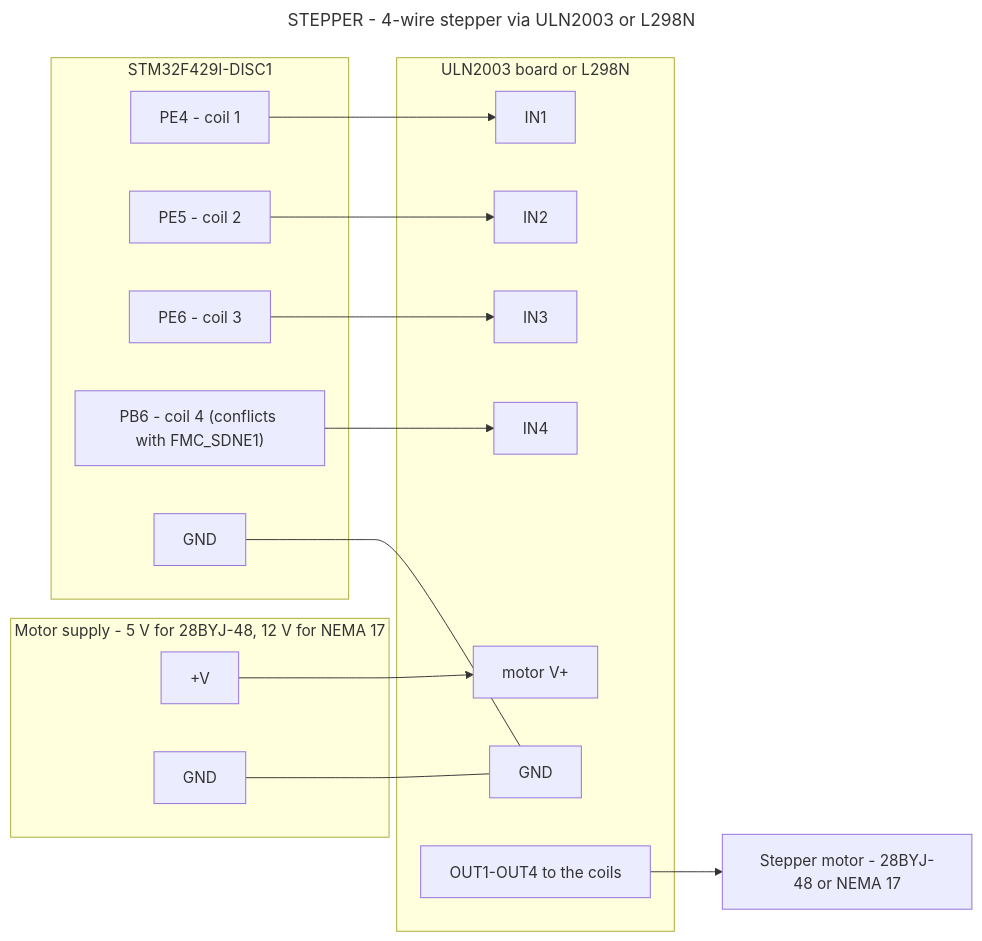
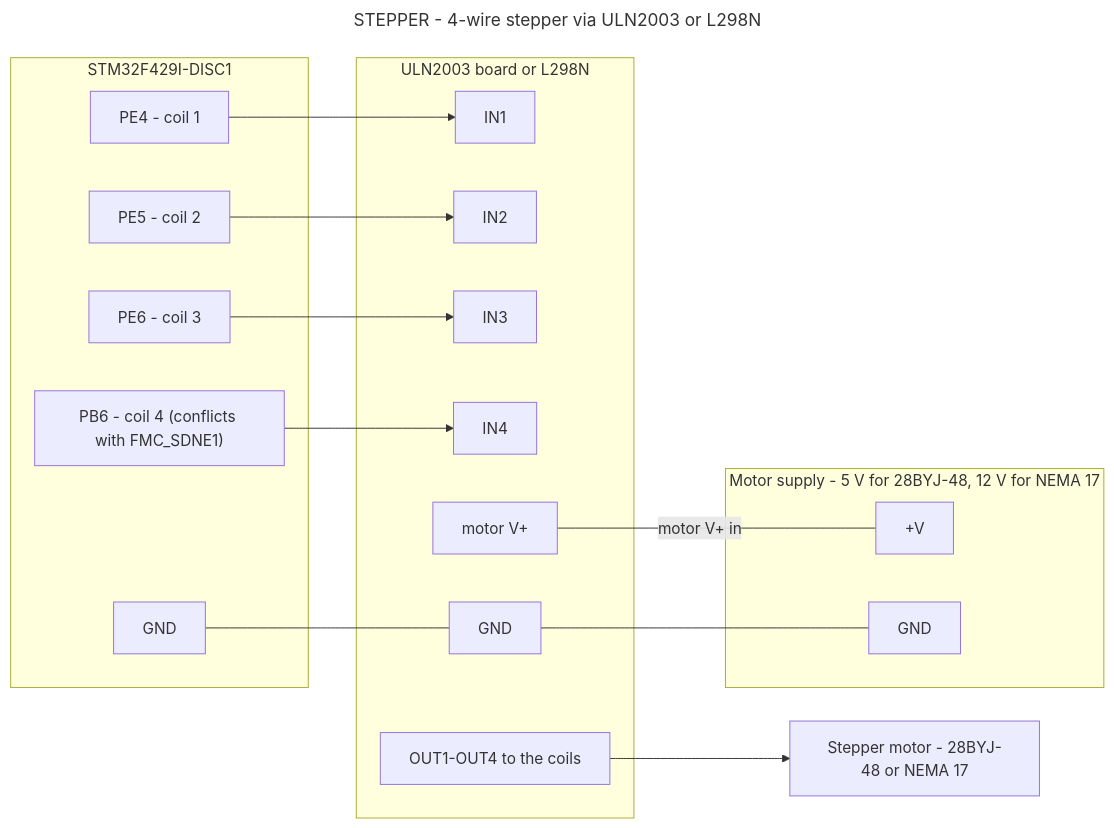
One commit to Ekpenyong-Esu/BareMetalMCU2 changed the diagram in Sensor_Cons/Peripherals/STEPPER/stepper_wiring.mmd. Above: the diagram before and after it, drawn with Mermaid. The commit also changed 3 other files, not shown here.

```diff
--- a/Sensor_Cons/Peripherals/STEPPER/stepper_wiring.mmd
+++ b/Sensor_Cons/Peripherals/STEPPER/stepper_wiring.mmd
@@ -1,46 +1,46 @@
 ---
 title: STEPPER - 4-wire stepper via ULN2003 or L298N
 ---
 %% Default pins from STEPPER_GetDefaultPins in Peripherals/STEPPER/stepper.c:
 %% PE4, PE5, PE6, PB6.
 %% CONFLICT: PB6 is FMC_SDNE1 in project.ioc. Move coil 4 to PB7, PF6 or PD2
 %% if the SDRAM is in use.
 %% The driver only toggles four GPIO in sequence, so the SAME code drives
 %% either board - the difference is the motor, not the software.
 %% ULN2003 suits a 28BYJ-48 (5-wire unipolar); L298N suits a bipolar NEMA 17.
 %% Coil current comes from the motor supply, never from the MCU.
 %% Grounds must be common.
 flowchart LR
     subgraph PSU["Motor supply - 5 V for 28BYJ-48, 12 V for NEMA 17"]
         VP["+V"]
         VG["GND"]
     end
 
     subgraph MCU["STM32F429I-DISC1"]
         P1["PE4 - coil 1"]
         P2["PE5 - coil 2"]
         P3["PE6 - coil 3"]
         P4["PB6 - coil 4 (conflicts with FMC_SDNE1)"]
         GND["GND"]
     end
 
     subgraph DRV["ULN2003 board or L298N"]
         IN1["IN1"]
         IN2["IN2"]
         IN3["IN3"]
         IN4["IN4"]
         VIN["motor V+"]
         DG["GND"]
         OUT["OUT1-OUT4 to the coils"]
     end
 
     MOT["Stepper motor - 28BYJ-48 or NEMA 17"]
 
     P1 --> IN1
     P2 --> IN2
     P3 --> IN3
     P4 --> IN4
-    VP --> VIN
-    VG --- DG
+    VIN ---|"motor V+ in"| VP
+    DG --- VG
     GND --- DG
     OUT --> MOT
```
